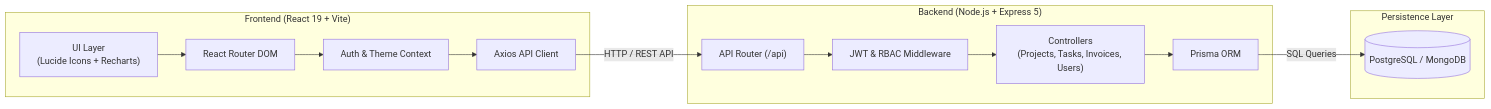
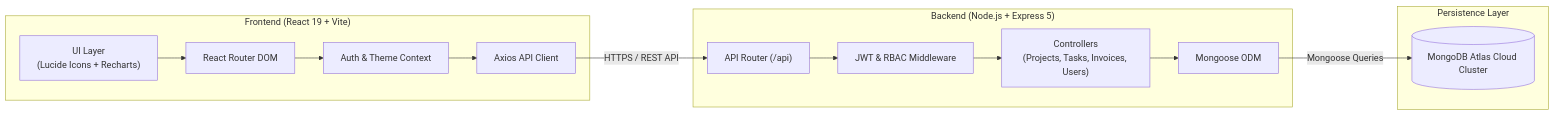
One commit to kenenisabeyan/clientflow changed the first of 2 diagrams in README.md. Above: the diagram before and after it, drawn with Mermaid. The commit also changed other lines of this file, not shown here.

Commit message:
docs: add 1. Deep Role Architecture & Relationships with Mermaid diagram, RBAC matrix, and live demo credentials

````diff
--- a/README.md
+++ b/README.md
@@ -16,25 +16,25 @@
 ```mermaid
 flowchart LR
     subgraph Client ["Frontend (React 19 + Vite)"]
         UI["UI Layer\n(Lucide Icons + Recharts)"]
         Router["React Router DOM"]
         AuthCtx["Auth & Theme Context"]
         AxiosClient["Axios API Client"]
         UI --> Router --> AuthCtx --> AxiosClient
     end
 
     subgraph Server ["Backend (Node.js + Express 5)"]
         APIRouter["API Router (/api)"]
         AuthMW["JWT & RBAC Middleware"]
         Controllers["Controllers\n(Projects, Tasks, Invoices, Users)"]
-        PrismaORM["Prisma ORM"]
-        APIRouter --> AuthMW --> Controllers --> PrismaORM
+        MongooseODM["Mongoose ODM"]
+        APIRouter --> AuthMW --> Controllers --> MongooseODM
     end
 
     subgraph Data ["Persistence Layer"]
-        Postgres[(PostgreSQL / MongoDB)]
+        Atlas[("MongoDB Atlas Cloud Cluster")]
     end
 
-    AxiosClient -->|"HTTP / REST API"| APIRouter
-    PrismaORM -->|"SQL Queries"| Postgres
+    AxiosClient -->|"HTTPS / REST API"| APIRouter
+    MongooseODM -->|"Mongoose Queries"| Atlas
 ```
````
